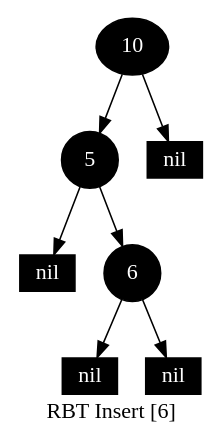
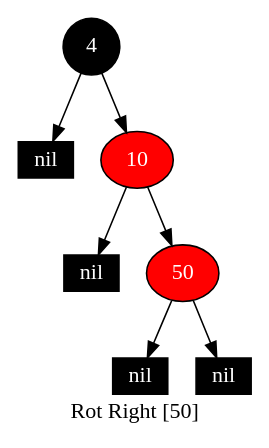
Before and after one commit to Sinopsys/DS-A-Assignments: the diagram in 14/impl/cmake-build-debug/gv_files/dump_#_0005.gv, drawn with Graphviz. The commit also changed 101 other files, not shown here.

```diff
--- a/14/impl/cmake-build-debug/gv_files/dump_#_0005.gv
+++ b/14/impl/cmake-build-debug/gv_files/dump_#_0005.gv
@@ -1,17 +1,17 @@
 digraph G {
-    label="RBT Insert [6]";
+    label="Rot Right [50]";
     node [width=0.5,fontcolor=white,style=filled];
-    10 [fillcolor=black]
-    10 -> 5
-    10 -> NULLr10
-    NULLr10 [label="nil",width=0.3,height=0.2,shape=box,fillcolor=black]
-    5 [fillcolor=black]
-    5 -> NULLl5
-    NULLl5 [label="nil",width=0.3,height=0.2,shape=box,fillcolor=black]
-    5 -> 6
-    6 [fillcolor=black]
-    6 -> NULLl6
-    NULLl6 [label="nil",width=0.3,height=0.2,shape=box,fillcolor=black]
-    6 -> NULLr6
-    NULLr6 [label="nil",width=0.3,height=0.2,shape=box,fillcolor=black]
+    4 [fillcolor=black]
+    4 -> NULLl4
+    NULLl4 [label="nil",width=0.3,height=0.2,shape=box,fillcolor=black]
+    4 -> 10
+    10 [fillcolor=red]
+    10 -> NULLl10
+    NULLl10 [label="nil",width=0.3,height=0.2,shape=box,fillcolor=black]
+    10 -> 50
+    50 [fillcolor=red]
+    50 -> NULLl50
+    NULLl50 [label="nil",width=0.3,height=0.2,shape=box,fillcolor=black]
+    50 -> NULLr50
+    NULLr50 [label="nil",width=0.3,height=0.2,shape=box,fillcolor=black]
 }
```
